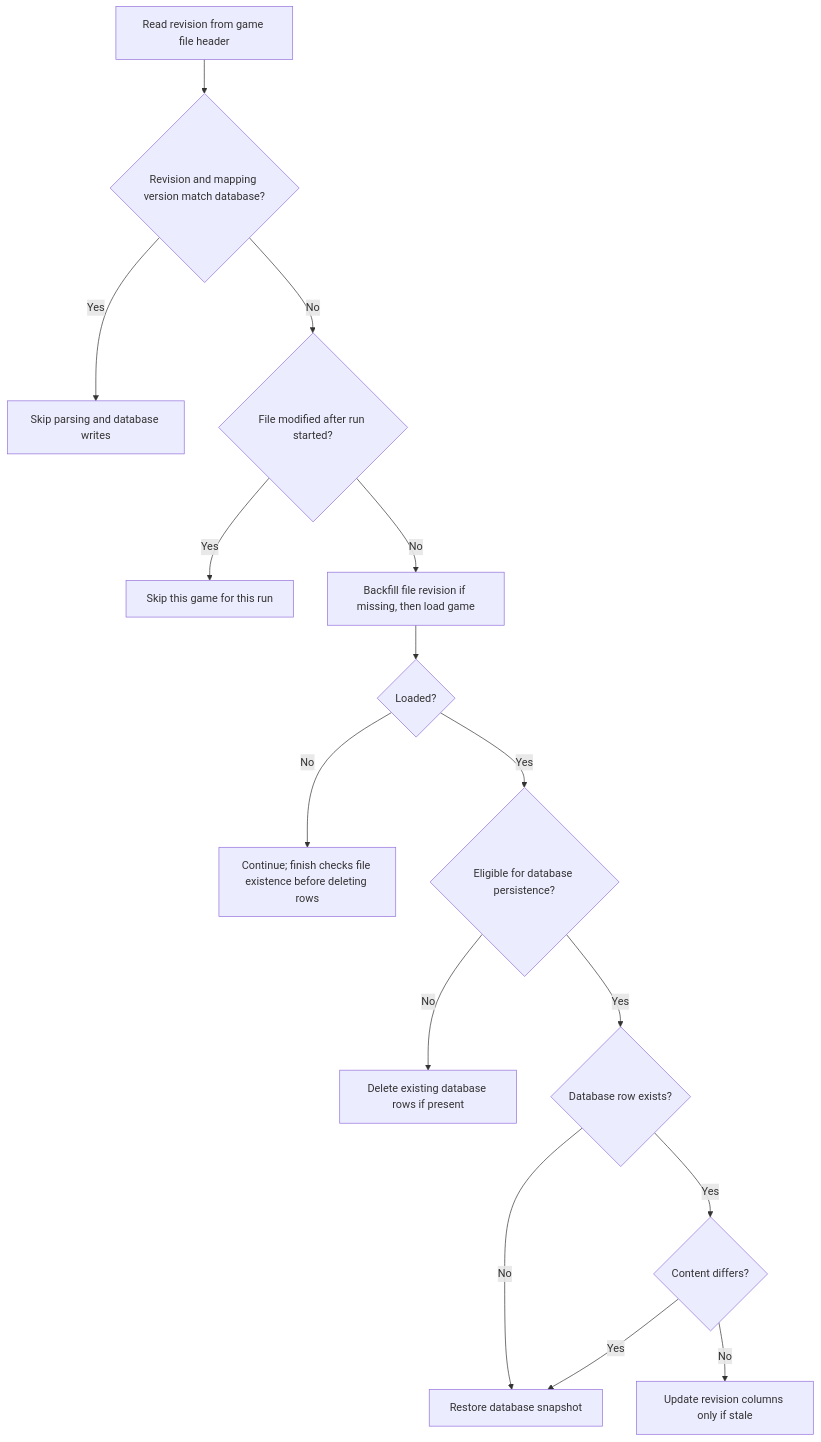
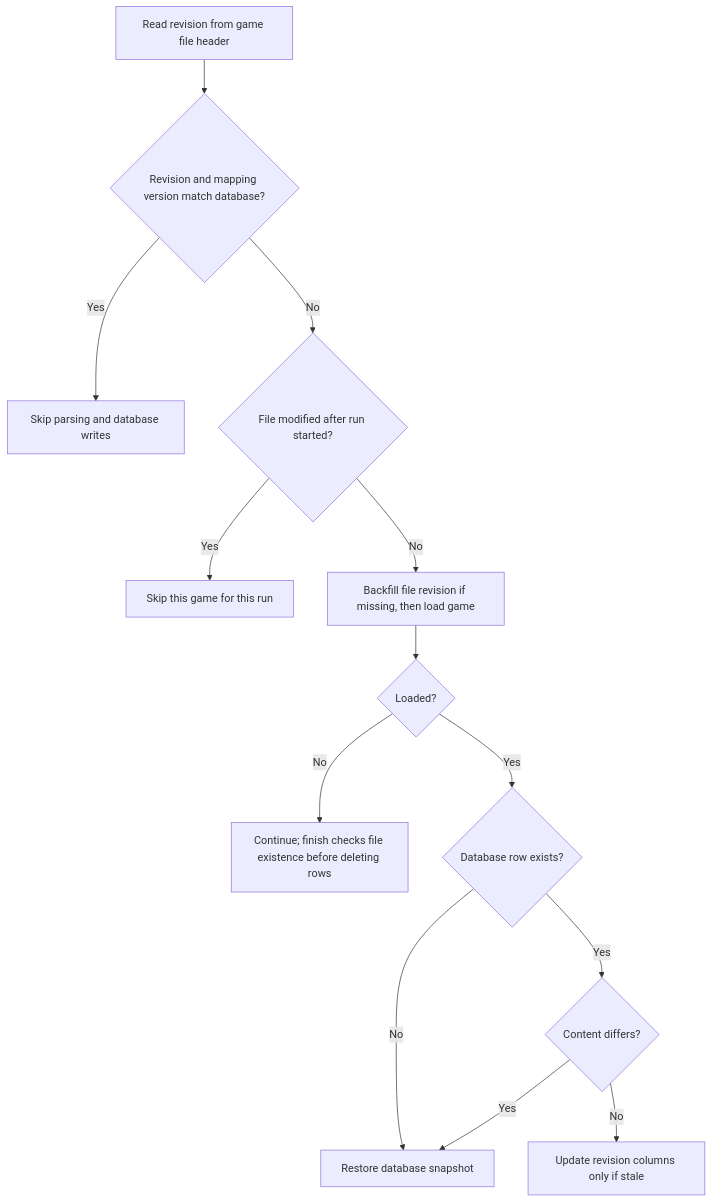
Before and after one commit to AsyncTI4/TI4_map_generator_bot: the fourth of 4 diagrams in src/main/java/ti4/game/persistence/README.md, drawn with Mermaid. The commit also changed other lines of this file and 48 other files, not shown here.

````diff
--- a/src/main/java/ti4/game/persistence/README.md
+++ b/src/main/java/ti4/game/persistence/README.md
@@ -130,17 +163,15 @@
 ```mermaid
 flowchart TD
     A[Read revision from game file header] --> B{Revision and mapping version match database?}
     B -->|Yes| C[Skip parsing and database writes]
     B -->|No| D{File modified after run started?}
     D -->|Yes| E[Skip this game for this run]
     D -->|No| F[Backfill file revision if missing, then load game]
     F --> G{Loaded?}
     G -->|No| H[Continue; finish checks file existence before deleting rows]
-    G -->|Yes| I{Eligible for database persistence?}
-    I -->|No| J[Delete existing database rows if present]
-    I -->|Yes| K{Database row exists?}
+    G -->|Yes| K{Database row exists?}
     K -->|No| L[Restore database snapshot]
     K -->|Yes| M{Content differs?}
     M -->|Yes| L
     M -->|No| N[Update revision columns only if stale]
 ```
````
